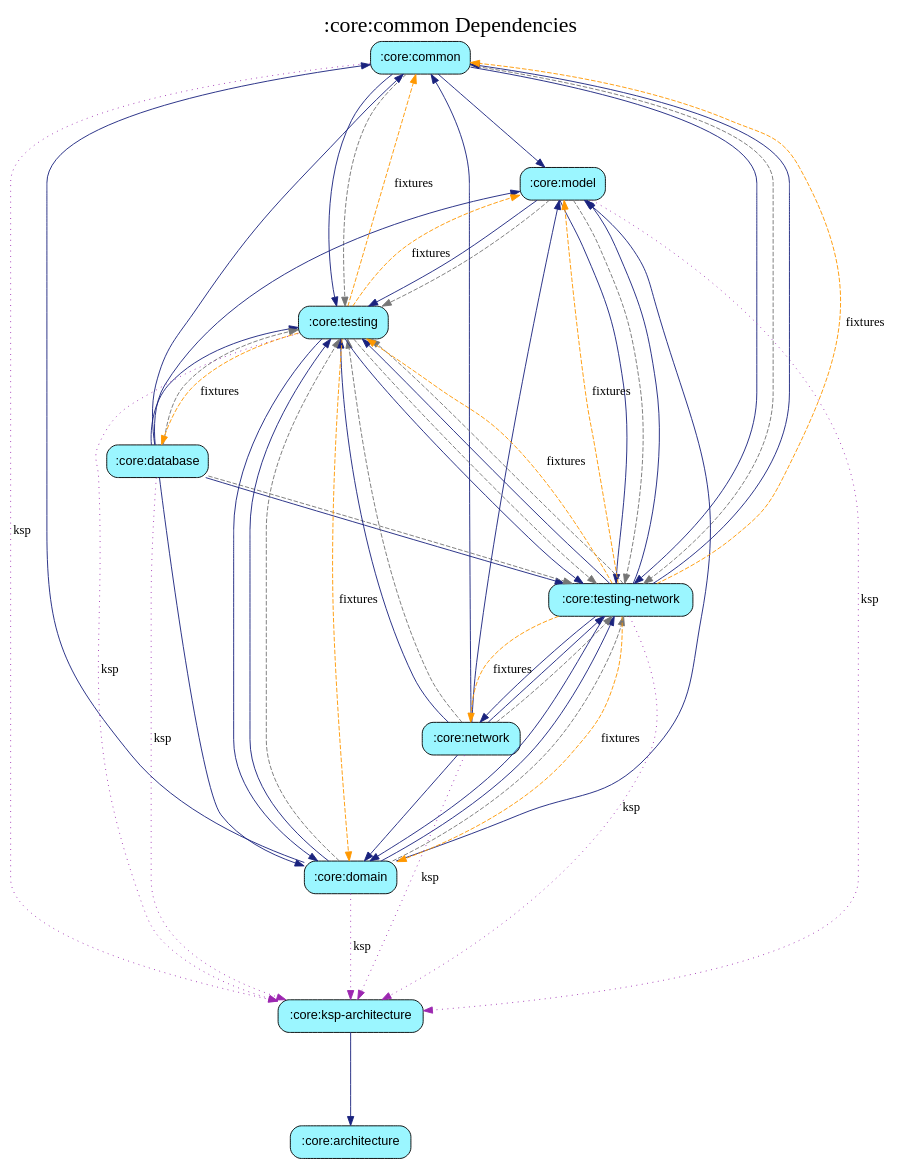
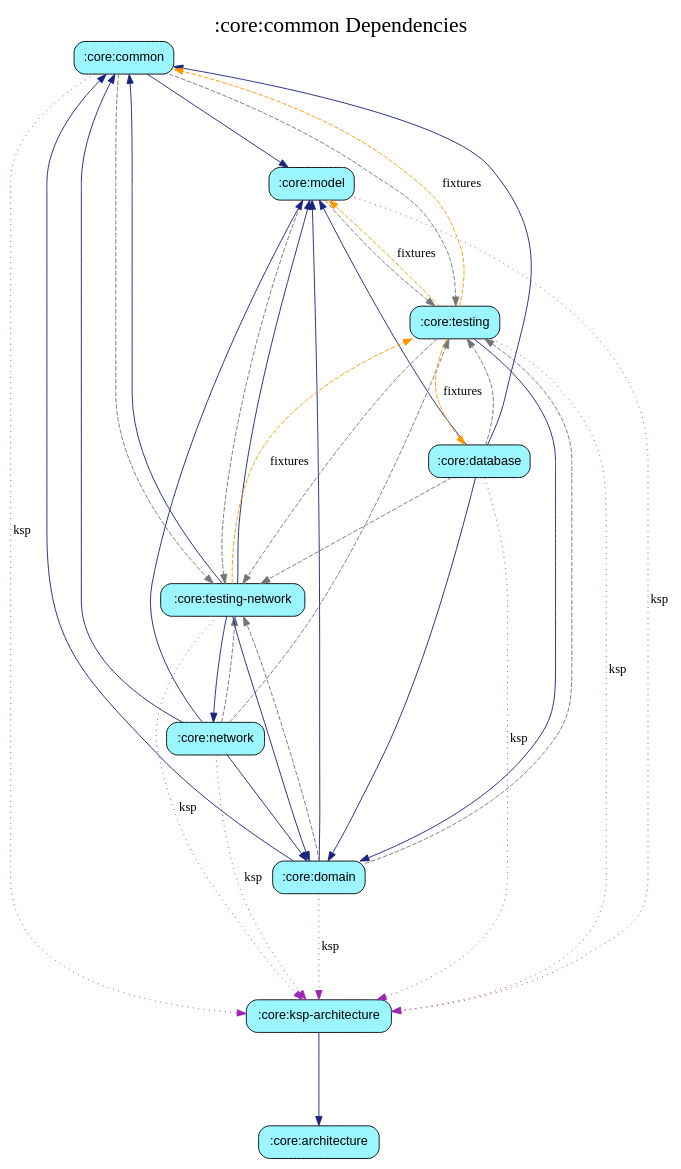
Before and after one commit to harrykibet/RealEstateApp-Android: the diagram in core/common/module_graph.gv, drawn with Graphviz. The commit also changed 83 other files, not shown here.

```diff
--- a/core/common/module_graph.gv
+++ b/core/common/module_graph.gv
@@ -1,68 +1,50 @@
 digraph {
   graph [label=":core:common Dependencies", labelloc=t, fontsize=24, ranksep=1.4];
-  node [style="rounded,filled", fontname="sans-serif", shape=box];
+  node [style=filled, fillcolor="#bbdefb", fontname="sans-serif", shape=box, style="rounded,filled"];
   ":core:architecture" [fillcolor="#9BF6FF"];
   ":core:common" [fillcolor="#9BF6FF"];
   ":core:database" [fillcolor="#9BF6FF"];
   ":core:domain" [fillcolor="#9BF6FF"];
   ":core:ksp-architecture" [fillcolor="#9BF6FF"];
   ":core:model" [fillcolor="#9BF6FF"];
   ":core:network" [fillcolor="#9BF6FF"];
   ":core:testing" [fillcolor="#9BF6FF"];
   ":core:testing-network" [fillcolor="#9BF6FF"];
   ":core:common" -> ":core:ksp-architecture" [color="#9C27B0", style=dotted, label="ksp"]
   ":core:common" -> ":core:model" [color="#1A237E", style=solid]
-  ":core:common" -> ":core:testing" [color="#1A237E", style=solid]
   ":core:common" -> ":core:testing" [color="#757575", style=dashed]
-  ":core:common" -> ":core:testing-network" [color="#1A237E", style=solid]
   ":core:common" -> ":core:testing-network" [color="#757575", style=dashed]
   ":core:database" -> ":core:common" [color="#1A237E", style=solid]
   ":core:database" -> ":core:domain" [color="#1A237E", style=solid]
   ":core:database" -> ":core:ksp-architecture" [color="#9C27B0", style=dotted, label="ksp"]
   ":core:database" -> ":core:model" [color="#1A237E", style=solid]
-  ":core:database" -> ":core:testing" [color="#1A237E", style=solid]
   ":core:database" -> ":core:testing" [color="#757575", style=dashed]
-  ":core:database" -> ":core:testing-network" [color="#1A237E", style=solid]
   ":core:database" -> ":core:testing-network" [color="#757575", style=dashed]
   ":core:domain" -> ":core:common" [color="#1A237E", style=solid]
   ":core:domain" -> ":core:ksp-architecture" [color="#9C27B0", style=dotted, label="ksp"]
   ":core:domain" -> ":core:model" [color="#1A237E", style=solid]
-  ":core:domain" -> ":core:testing" [color="#1A237E", style=solid]
   ":core:domain" -> ":core:testing" [color="#757575", style=dashed]
-  ":core:domain" -> ":core:testing-network" [color="#1A237E", style=solid]
   ":core:domain" -> ":core:testing-network" [color="#757575", style=dashed]
   ":core:ksp-architecture" -> ":core:architecture" [color="#1A237E", style=solid]
   ":core:model" -> ":core:ksp-architecture" [color="#9C27B0", style=dotted, label="ksp"]
-  ":core:model" -> ":core:testing" [color="#1A237E", style=solid]
   ":core:model" -> ":core:testing" [color="#757575", style=dashed]
-  ":core:model" -> ":core:testing-network" [color="#1A237E", style=solid]
   ":core:model" -> ":core:testing-network" [color="#757575", style=dashed]
   ":core:network" -> ":core:common" [color="#1A237E", style=solid]
   ":core:network" -> ":core:domain" [color="#1A237E", style=solid]
   ":core:network" -> ":core:ksp-architecture" [color="#9C27B0", style=dotted, label="ksp"]
   ":core:network" -> ":core:model" [color="#1A237E", style=solid]
-  ":core:network" -> ":core:testing" [color="#1A237E", style=solid]
   ":core:network" -> ":core:testing" [color="#757575", style=dashed]
-  ":core:network" -> ":core:testing-network" [color="#1A237E", style=solid]
   ":core:network" -> ":core:testing-network" [color="#757575", style=dashed]
   ":core:testing" -> ":core:common" [color="#FF9800", style=dashed, label="fixtures"]
   ":core:testing" -> ":core:database" [color="#FF9800", style=dashed, label="fixtures"]
   ":core:testing" -> ":core:domain" [color="#1A237E", style=solid]
-  ":core:testing" -> ":core:domain" [color="#FF9800", style=dashed, label="fixtures"]
   ":core:testing" -> ":core:ksp-architecture" [color="#9C27B0", style=dotted, label="ksp"]
   ":core:testing" -> ":core:model" [color="#FF9800", style=dashed, label="fixtures"]
-  ":core:testing" -> ":core:testing-network" [color="#1A237E", style=solid]
   ":core:testing" -> ":core:testing-network" [color="#757575", style=dashed]
   ":core:testing-network" -> ":core:common" [color="#1A237E", style=solid]
-  ":core:testing-network" -> ":core:common" [color="#FF9800", style=dashed, label="fixtures"]
   ":core:testing-network" -> ":core:domain" [color="#1A237E", style=solid]
-  ":core:testing-network" -> ":core:domain" [color="#FF9800", style=dashed, label="fixtures"]
   ":core:testing-network" -> ":core:ksp-architecture" [color="#9C27B0", style=dotted, label="ksp"]
   ":core:testing-network" -> ":core:model" [color="#1A237E", style=solid]
-  ":core:testing-network" -> ":core:model" [color="#FF9800", style=dashed, label="fixtures"]
   ":core:testing-network" -> ":core:network" [color="#1A237E", style=solid]
-  ":core:testing-network" -> ":core:network" [color="#FF9800", style=dashed, label="fixtures"]
-  ":core:testing-network" -> ":core:testing" [color="#1A237E", style=solid]
-  ":core:testing-network" -> ":core:testing" [color="#757575", style=dashed]
   ":core:testing-network" -> ":core:testing" [color="#FF9800", style=dashed, label="fixtures"]
 }
```
